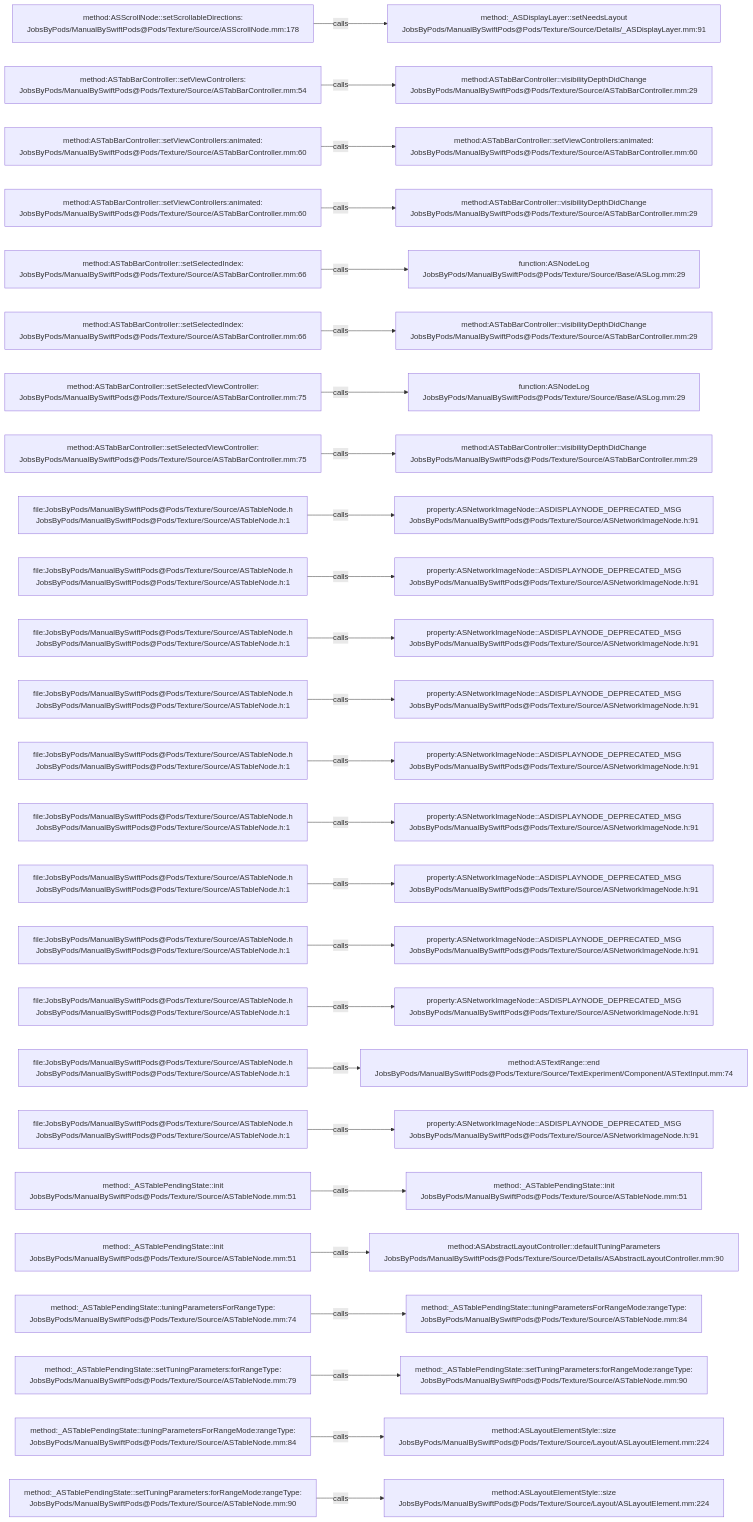
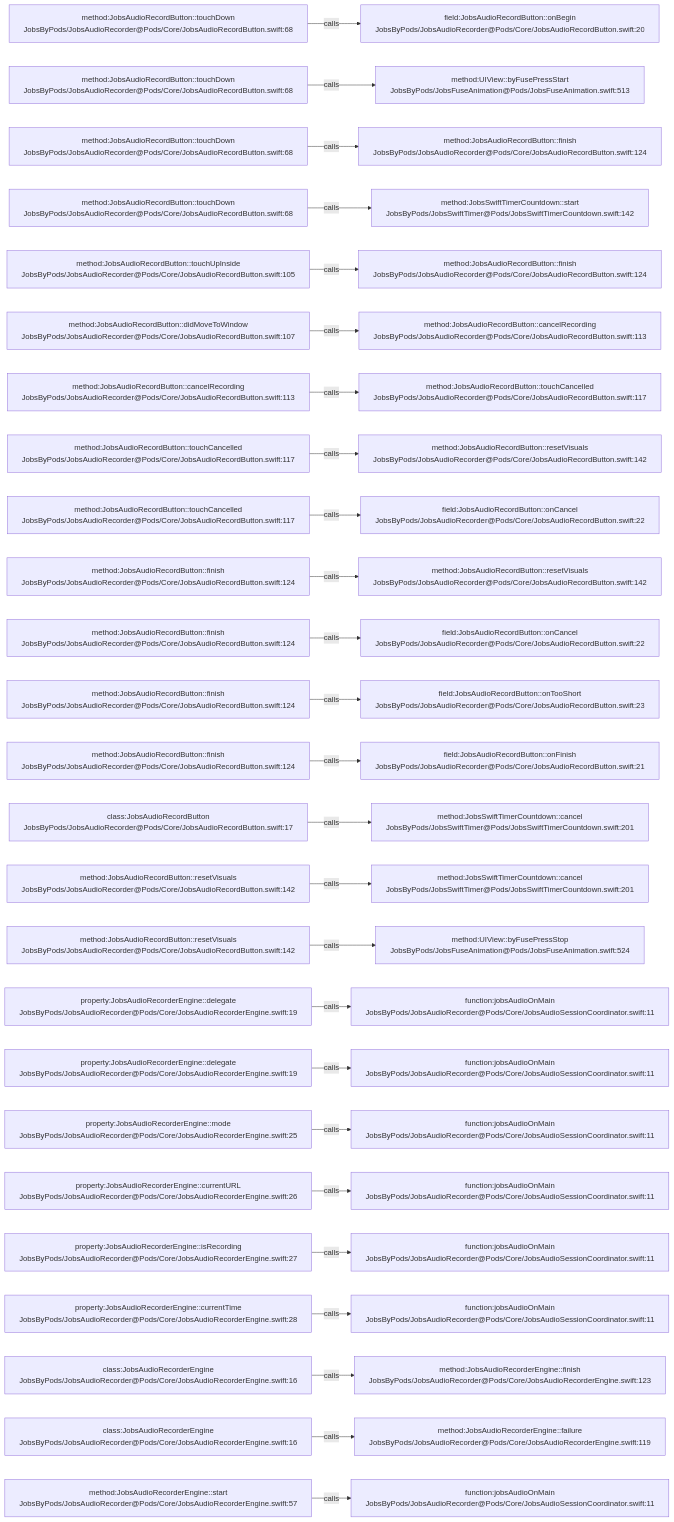
The diagram in .codegraph/codegraph.md/graphs/calls-054.md (JobsKits/JobsSwiftBaseConfigDemo), drawn with Mermaid before and after one commit. The commit also changed 224 other files, not shown here.

````diff
--- a/.codegraph/codegraph.md/graphs/calls-054.md
+++ b/.codegraph/codegraph.md/graphs/calls-054.md
@@ -13,78 +13,78 @@
 ```mermaid
 flowchart LR
-  S1["method:ASScrollNode::setScrollableDirections:<br/>JobsByPods/ManualBySwiftPods@Pods/Texture/Source/ASScrollNode.mm:178"]
-  T1["method:_ASDisplayLayer::setNeedsLayout<br/>JobsByPods/ManualBySwiftPods@Pods/Texture/Source/Details/_ASDisplayLayer.mm:91"]
+  S1["method:JobsAudioRecordButton::touchDown<br/>JobsByPods/JobsAudioRecorder@Pods/Core/JobsAudioRecordButton.swift:68"]
+  T1["field:JobsAudioRecordButton::onBegin<br/>JobsByPods/JobsAudioRecorder@Pods/Core/JobsAudioRecordButton.swift:20"]
   S1 -->|calls| T1
-  S2["method:ASTabBarController::setViewControllers:<br/>JobsByPods/ManualBySwiftPods@Pods/Texture/Source/ASTabBarController.mm:54"]
-  T2["method:ASTabBarController::visibilityDepthDidChange<br/>JobsByPods/ManualBySwiftPods@Pods/Texture/Source/ASTabBarController.mm:29"]
+  S2["method:JobsAudioRecordButton::touchDown<br/>JobsByPods/JobsAudioRecorder@Pods/Core/JobsAudioRecordButton.swift:68"]
+  T2["method:UIView::byFusePressStart<br/>JobsByPods/JobsFuseAnimation@Pods/JobsFuseAnimation.swift:513"]
   S2 -->|calls| T2
-  S3["method:ASTabBarController::setViewControllers:animated:<br/>JobsByPods/ManualBySwiftPods@Pods/Texture/Source/ASTabBarController.mm:60"]
-  T3["method:ASTabBarController::setViewControllers:animated:<br/>JobsByPods/ManualBySwiftPods@Pods/Texture/Source/ASTabBarController.mm:60"]
+  S3["method:JobsAudioRecordButton::touchDown<br/>JobsByPods/JobsAudioRecorder@Pods/Core/JobsAudioRecordButton.swift:68"]
+  T3["method:JobsAudioRecordButton::finish<br/>JobsByPods/JobsAudioRecorder@Pods/Core/JobsAudioRecordButton.swift:124"]
   S3 -->|calls| T3
-  S4["method:ASTabBarController::setViewControllers:animated:<br/>JobsByPods/ManualBySwiftPods@Pods/Texture/Source/ASTabBarController.mm:60"]
-  T4["method:ASTabBarController::visibilityDepthDidChange<br/>JobsByPods/ManualBySwiftPods@Pods/Texture/Source/ASTabBarController.mm:29"]
+  S4["method:JobsAudioRecordButton::touchDown<br/>JobsByPods/JobsAudioRecorder@Pods/Core/JobsAudioRecordButton.swift:68"]
+  T4["method:JobsSwiftTimerCountdown::start<br/>JobsByPods/JobsSwiftTimer@Pods/JobsSwiftTimerCountdown.swift:142"]
   S4 -->|calls| T4
-  S5["method:ASTabBarController::setSelectedIndex:<br/>JobsByPods/ManualBySwiftPods@Pods/Texture/Source/ASTabBarController.mm:66"]
-  T5["function:ASNodeLog<br/>JobsByPods/ManualBySwiftPods@Pods/Texture/Source/Base/ASLog.mm:29"]
+  S5["method:JobsAudioRecordButton::touchUpInside<br/>JobsByPods/JobsAudioRecorder@Pods/Core/JobsAudioRecordButton.swift:105"]
+  T5["method:JobsAudioRecordButton::finish<br/>JobsByPods/JobsAudioRecorder@Pods/Core/JobsAudioRecordButton.swift:124"]
   S5 -->|calls| T5
-  S6["method:ASTabBarController::setSelectedIndex:<br/>JobsByPods/ManualBySwiftPods@Pods/Texture/Source/ASTabBarController.mm:66"]
-  T6["method:ASTabBarController::visibilityDepthDidChange<br/>JobsByPods/ManualBySwiftPods@Pods/Texture/Source/ASTabBarController.mm:29"]
+  S6["method:JobsAudioRecordButton::didMoveToWindow<br/>JobsByPods/JobsAudioRecorder@Pods/Core/JobsAudioRecordButton.swift:107"]
+  T6["method:JobsAudioRecordButton::cancelRecording<br/>JobsByPods/JobsAudioRecorder@Pods/Core/JobsAudioRecordButton.swift:113"]
   S6 -->|calls| T6
-  S7["method:ASTabBarController::setSelectedViewController:<br/>JobsByPods/ManualBySwiftPods@Pods/Texture/Source/ASTabBarController.mm:75"]
-  T7["function:ASNodeLog<br/>JobsByPods/ManualBySwiftPods@Pods/Texture/Source/Base/ASLog.mm:29"]
+  S7["method:JobsAudioRecordButton::cancelRecording<br/>JobsByPods/JobsAudioRecorder@Pods/Core/JobsAudioRecordButton.swift:113"]
+  T7["method:JobsAudioRecordButton::touchCancelled<br/>JobsByPods/JobsAudioRecorder@Pods/Core/JobsAudioRecordButton.swift:117"]
   S7 -->|calls| T7
-  S8["method:ASTabBarController::setSelectedViewController:<br/>JobsByPods/ManualBySwiftPods@Pods/Texture/Source/ASTabBarController.mm:75"]
-  T8["method:ASTabBarController::visibilityDepthDidChange<br/>JobsByPods/ManualBySwiftPods@Pods/Texture/Source/ASTabBarController.mm:29"]
+  S8["method:JobsAudioRecordButton::touchCancelled<br/>JobsByPods/JobsAudioRecorder@Pods/Core/JobsAudioRecordButton.swift:117"]
+  T8["method:JobsAudioRecordButton::resetVisuals<br/>JobsByPods/JobsAudioRecorder@Pods/Core/JobsAudioRecordButton.swift:142"]
   S8 -->|calls| T8
-  S9["file:JobsByPods/ManualBySwiftPods@Pods/Texture/Source/ASTableNode.h<br/>JobsByPods/ManualBySwiftPods@Pods/Texture/Source/ASTableNode.h:1"]
-  T9["property:ASNetworkImageNode::ASDISPLAYNODE_DEPRECATED_MSG<br/>JobsByPods/ManualBySwiftPods@Pods/Texture/Source/ASNetworkImageNode.h:91"]
+  S9["method:JobsAudioRecordButton::touchCancelled<br/>JobsByPods/JobsAudioRecorder@Pods/Core/JobsAudioRecordButton.swift:117"]
+  T9["field:JobsAudioRecordButton::onCancel<br/>JobsByPods/JobsAudioRecorder@Pods/Core/JobsAudioRecordButton.swift:22"]
   S9 -->|calls| T9
-  S10["file:JobsByPods/ManualBySwiftPods@Pods/Texture/Source/ASTableNode.h<br/>JobsByPods/ManualBySwiftPods@Pods/Texture/Source/ASTableNode.h:1"]
-  T10["property:ASNetworkImageNode::ASDISPLAYNODE_DEPRECATED_MSG<br/>JobsByPods/ManualBySwiftPods@Pods/Texture/Source/ASNetworkImageNode.h:91"]
+  S10["method:JobsAudioRecordButton::finish<br/>JobsByPods/JobsAudioRecorder@Pods/Core/JobsAudioRecordButton.swift:124"]
+  T10["method:JobsAudioRecordButton::resetVisuals<br/>JobsByPods/JobsAudioRecorder@Pods/Core/JobsAudioRecordButton.swift:142"]
   S10 -->|calls| T10
-  S11["file:JobsByPods/ManualBySwiftPods@Pods/Texture/Source/ASTableNode.h<br/>JobsByPods/ManualBySwiftPods@Pods/Texture/Source/ASTableNode.h:1"]
-  T11["property:ASNetworkImageNode::ASDISPLAYNODE_DEPRECATED_MSG<br/>JobsByPods/ManualBySwiftPods@Pods/Texture/Source/ASNetworkImageNode.h:91"]
+  S11["method:JobsAudioRecordButton::finish<br/>JobsByPods/JobsAudioRecorder@Pods/Core/JobsAudioRecordButton.swift:124"]
+  T11["field:JobsAudioRecordButton::onCancel<br/>JobsByPods/JobsAudioRecorder@Pods/Core/JobsAudioRecordButton.swift:22"]
   S11 -->|calls| T11
-  S12["file:JobsByPods/ManualBySwiftPods@Pods/Texture/Source/ASTableNode.h<br/>JobsByPods/ManualBySwiftPods@Pods/Texture/Source/ASTableNode.h:1"]
-  T12["property:ASNetworkImageNode::ASDISPLAYNODE_DEPRECATED_MSG<br/>JobsByPods/ManualBySwiftPods@Pods/Texture/Source/ASNetworkImageNode.h:91"]
+  S12["method:JobsAudioRecordButton::finish<br/>JobsByPods/JobsAudioRecorder@Pods/Core/JobsAudioRecordButton.swift:124"]
+  T12["field:JobsAudioRecordButton::onTooShort<br/>JobsByPods/JobsAudioRecorder@Pods/Core/JobsAudioRecordButton.swift:23"]
   S12 -->|calls| T12
-  S13["file:JobsByPods/ManualBySwiftPods@Pods/Texture/Source/ASTableNode.h<br/>JobsByPods/ManualBySwiftPods@Pods/Texture/Source/ASTableNode.h:1"]
-  T13["property:ASNetworkImageNode::ASDISPLAYNODE_DEPRECATED_MSG<br/>JobsByPods/ManualBySwiftPods@Pods/Texture/Source/ASNetworkImageNode.h:91"]
+  S13["method:JobsAudioRecordButton::finish<br/>JobsByPods/JobsAudioRecorder@Pods/Core/JobsAudioRecordButton.swift:124"]
+  T13["field:JobsAudioRecordButton::onFinish<br/>JobsByPods/JobsAudioRecorder@Pods/Core/JobsAudioRecordButton.swift:21"]
   S13 -->|calls| T13
-  S14["file:JobsByPods/ManualBySwiftPods@Pods/Texture/Source/ASTableNode.h<br/>JobsByPods/ManualBySwiftPods@Pods/Texture/Source/ASTableNode.h:1"]
-  T14["property:ASNetworkImageNode::ASDISPLAYNODE_DEPRECATED_MSG<br/>JobsByPods/ManualBySwiftPods@Pods/Texture/Source/ASNetworkImageNode.h:91"]
+  S14["class:JobsAudioRecordButton<br/>JobsByPods/JobsAudioRecorder@Pods/Core/JobsAudioRecordButton.swift:17"]
+  T14["method:JobsSwiftTimerCountdown::cancel<br/>JobsByPods/JobsSwiftTimer@Pods/JobsSwiftTimerCountdown.swift:201"]
   S14 -->|calls| T14
-  S15["file:JobsByPods/ManualBySwiftPods@Pods/Texture/Source/ASTableNode.h<br/>JobsByPods/ManualBySwiftPods@Pods/Texture/Source/ASTableNode.h:1"]
-  T15["property:ASNetworkImageNode::ASDISPLAYNODE_DEPRECATED_MSG<br/>JobsByPods/ManualBySwiftPods@Pods/Texture/Source/ASNetworkImageNode.h:91"]
+  S15["method:JobsAudioRecordButton::resetVisuals<br/>JobsByPods/JobsAudioRecorder@Pods/Core/JobsAudioRecordButton.swift:142"]
+  T15["method:JobsSwiftTimerCountdown::cancel<br/>JobsByPods/JobsSwiftTimer@Pods/JobsSwiftTimerCountdown.swift:201"]
   S15 -->|calls| T15
-  S16["file:JobsByPods/ManualBySwiftPods@Pods/Texture/Source/ASTableNode.h<br/>JobsByPods/ManualBySwiftPods@Pods/Texture/Source/ASTableNode.h:1"]
-  T16["property:ASNetworkImageNode::ASDISPLAYNODE_DEPRECATED_MSG<br/>JobsByPods/ManualBySwiftPods@Pods/Texture/Source/ASNetworkImageNode.h:91"]
+  S16["method:JobsAudioRecordButton::resetVisuals<br/>JobsByPods/JobsAudioRecorder@Pods/Core/JobsAudioRecordButton.swift:142"]
+  T16["method:UIView::byFusePressStop<br/>JobsByPods/JobsFuseAnimation@Pods/JobsFuseAnimation.swift:524"]
   S16 -->|calls| T16
-  S17["file:JobsByPods/ManualBySwiftPods@Pods/Texture/Source/ASTableNode.h<br/>JobsByPods/ManualBySwiftPods@Pods/Texture/Source/ASTableNode.h:1"]
-  T17["property:ASNetworkImageNode::ASDISPLAYNODE_DEPRECATED_MSG<br/>JobsByPods/ManualBySwiftPods@Pods/Texture/Source/ASNetworkImageNode.h:91"]
+  S17["property:JobsAudioRecorderEngine::delegate<br/>JobsByPods/JobsAudioRecorder@Pods/Core/JobsAudioRecorderEngine.swift:19"]
+  T17["function:jobsAudioOnMain<br/>JobsByPods/JobsAudioRecorder@Pods/Core/JobsAudioSessionCoordinator.swift:11"]
   S17 -->|calls| T17
-  S18["file:JobsByPods/ManualBySwiftPods@Pods/Texture/Source/ASTableNode.h<br/>JobsByPods/ManualBySwiftPods@Pods/Texture/Source/ASTableNode.h:1"]
-  T18["method:ASTextRange::end<br/>JobsByPods/ManualBySwiftPods@Pods/Texture/Source/TextExperiment/Component/ASTextInput.mm:74"]
+  S18["property:JobsAudioRecorderEngine::delegate<br/>JobsByPods/JobsAudioRecorder@Pods/Core/JobsAudioRecorderEngine.swift:19"]
+  T18["function:jobsAudioOnMain<br/>JobsByPods/JobsAudioRecorder@Pods/Core/JobsAudioSessionCoordinator.swift:11"]
   S18 -->|calls| T18
-  S19["file:JobsByPods/ManualBySwiftPods@Pods/Texture/Source/ASTableNode.h<br/>JobsByPods/ManualBySwiftPods@Pods/Texture/Source/ASTableNode.h:1"]
-  T19["property:ASNetworkImageNode::ASDISPLAYNODE_DEPRECATED_MSG<br/>JobsByPods/ManualBySwiftPods@Pods/Texture/Source/ASNetworkImageNode.h:91"]
+  S19["property:JobsAudioRecorderEngine::mode<br/>JobsByPods/JobsAudioRecorder@Pods/Core/JobsAudioRecorderEngine.swift:25"]
+  T19["function:jobsAudioOnMain<br/>JobsByPods/JobsAudioRecorder@Pods/Core/JobsAudioSessionCoordinator.swift:11"]
   S19 -->|calls| T19
-  S20["method:_ASTablePendingState::init<br/>JobsByPods/ManualBySwiftPods@Pods/Texture/Source/ASTableNode.mm:51"]
-  T20["method:_ASTablePendingState::init<br/>JobsByPods/ManualBySwiftPods@Pods/Texture/Source/ASTableNode.mm:51"]
+  S20["property:JobsAudioRecorderEngine::currentURL<br/>JobsByPods/JobsAudioRecorder@Pods/Core/JobsAudioRecorderEngine.swift:26"]
+  T20["function:jobsAudioOnMain<br/>JobsByPods/JobsAudioRecorder@Pods/Core/JobsAudioSessionCoordinator.swift:11"]
   S20 -->|calls| T20
-  S21["method:_ASTablePendingState::init<br/>JobsByPods/ManualBySwiftPods@Pods/Texture/Source/ASTableNode.mm:51"]
-  T21["method:ASAbstractLayoutController::defaultTuningParameters<br/>JobsByPods/ManualBySwiftPods@Pods/Texture/Source/Details/ASAbstractLayoutController.mm:90"]
+  S21["property:JobsAudioRecorderEngine::isRecording<br/>JobsByPods/JobsAudioRecorder@Pods/Core/JobsAudioRecorderEngine.swift:27"]
+  T21["function:jobsAudioOnMain<br/>JobsByPods/JobsAudioRecorder@Pods/Core/JobsAudioSessionCoordinator.swift:11"]
   S21 -->|calls| T21
-  S22["method:_ASTablePendingState::tuningParametersForRangeType:<br/>JobsByPods/ManualBySwiftPods@Pods/Texture/Source/ASTableNode.mm:74"]
-  T22["method:_ASTablePendingState::tuningParametersForRangeMode:rangeType:<br/>JobsByPods/ManualBySwiftPods@Pods/Texture/Source/ASTableNode.mm:84"]
+  S22["property:JobsAudioRecorderEngine::currentTime<br/>JobsByPods/JobsAudioRecorder@Pods/Core/JobsAudioRecorderEngine.swift:28"]
+  T22["function:jobsAudioOnMain<br/>JobsByPods/JobsAudioRecorder@Pods/Core/JobsAudioSessionCoordinator.swift:11"]
   S22 -->|calls| T22
-  S23["method:_ASTablePendingState::setTuningParameters:forRangeType:<br/>JobsByPods/ManualBySwiftPods@Pods/Texture/Source/ASTableNode.mm:79"]
-  T23["method:_ASTablePendingState::setTuningParameters:forRangeMode:rangeType:<br/>JobsByPods/ManualBySwiftPods@Pods/Texture/Source/ASTableNode.mm:90"]
+  S23["class:JobsAudioRecorderEngine<br/>JobsByPods/JobsAudioRecorder@Pods/Core/JobsAudioRecorderEngine.swift:16"]
+  T23["method:JobsAudioRecorderEngine::finish<br/>JobsByPods/JobsAudioRecorder@Pods/Core/JobsAudioRecorderEngine.swift:123"]
   S23 -->|calls| T23
-  S24["method:_ASTablePendingState::tuningParametersForRangeMode:rangeType:<br/>JobsByPods/ManualBySwiftPods@Pods/Texture/Source/ASTableNode.mm:84"]
-  T24["method:ASLayoutElementStyle::size<br/>JobsByPods/ManualBySwiftPods@Pods/Texture/Source/Layout/ASLayoutElement.mm:224"]
+  S24["class:JobsAudioRecorderEngine<br/>JobsByPods/JobsAudioRecorder@Pods/Core/JobsAudioRecorderEngine.swift:16"]
+  T24["method:JobsAudioRecorderEngine::failure<br/>JobsByPods/JobsAudioRecorder@Pods/Core/JobsAudioRecorderEngine.swift:119"]
   S24 -->|calls| T24
-  S25["method:_ASTablePendingState::setTuningParameters:forRangeMode:rangeType:<br/>JobsByPods/ManualBySwiftPods@Pods/Texture/Source/ASTableNode.mm:90"]
-  T25["method:ASLayoutElementStyle::size<br/>JobsByPods/ManualBySwiftPods@Pods/Texture/Source/Layout/ASLayoutElement.mm:224"]
+  S25["method:JobsAudioRecorderEngine::start<br/>JobsByPods/JobsAudioRecorder@Pods/Core/JobsAudioRecorderEngine.swift:57"]
+  T25["function:jobsAudioOnMain<br/>JobsByPods/JobsAudioRecorder@Pods/Core/JobsAudioSessionCoordinator.swift:11"]
   S25 -->|calls| T25
 ```
````
